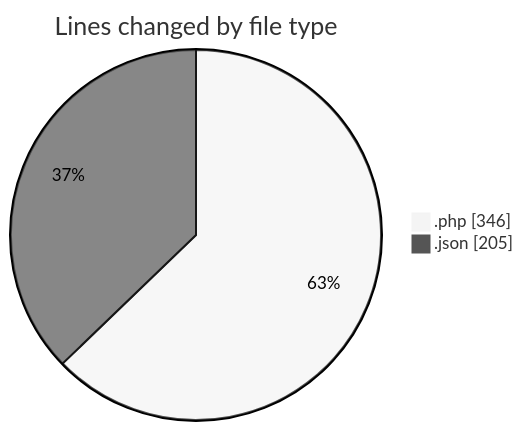
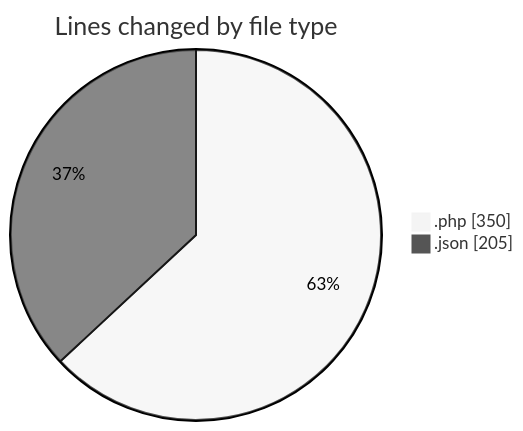
Before and after one commit to idhammustaqopulfikri/code-tracking: the first of 2 diagrams in 2025-04-13/autodidak/README.md, drawn with Mermaid (neutral theme). The commit also changed other lines of this file and 1 other file, not shown here.

````diff
--- a/2025-04-13/autodidak/README.md
+++ b/2025-04-13/autodidak/README.md
@@ -27,6 +27,6 @@
 ```mermaid
 pie showData
 title Lines changed by file type
-".php" : 346
+".php" : 350
 ".json" : 205
 ```
````
